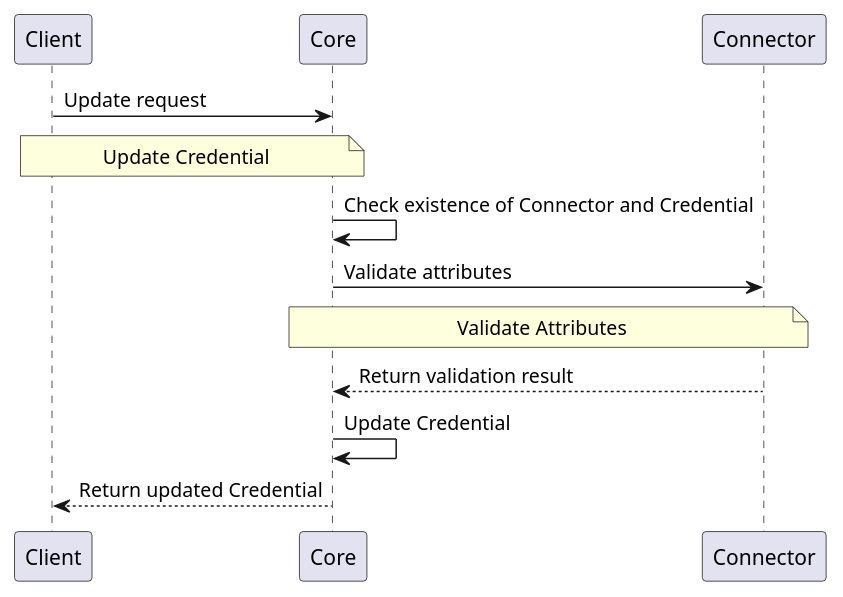
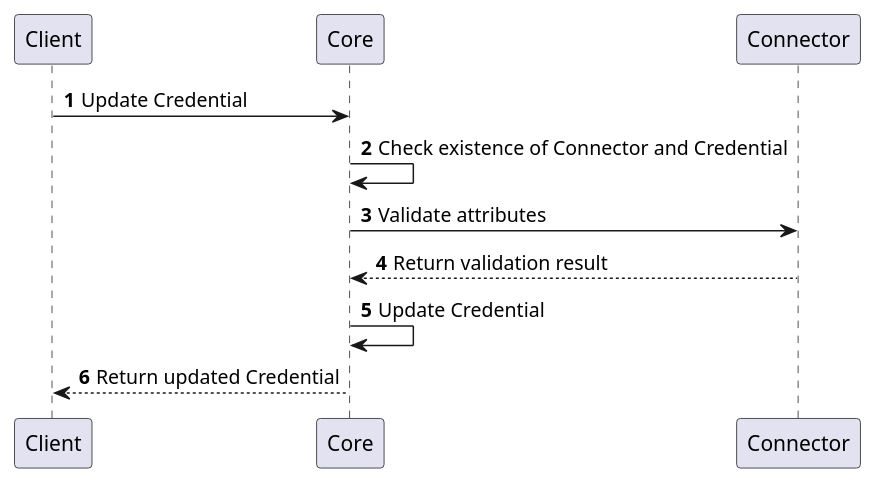
The third of 5 diagrams in docs/12-connectors/05-description/20-credential-provider.md (CZERTAINLY/CZERTAINLY-Documentation), drawn with PlantUML before and after one commit. The commit also changed other lines of this file and 5 other files, not shown here.

````diff
--- a/docs/12-connectors/05-description/20-credential-provider.md
+++ b/docs/12-connectors/05-description/20-credential-provider.md
@@ -53,14 +50,12 @@
 ```plantuml
     @startuml
+    autonumber
     skinparam topurl https://docs.czertainly.com/api/
-    
-        Client->Core [[core-credential/#tag/Credential-Management-API/operation/updateCredential]]: Update request
-        Note over Client,Core: Update Credential
+        Client->Core [[core-credential/#tag/Credential-Management-API/operation/updateCredential]]: Update Credential
         Core->Core: Check existence of Connector and Credential
-        Core->Connector: Validate attributes
-        Note over Core,Connector [[connector-credential-provider/#tag/Attributes-API/operation/validateAttributes]]: Validate Attributes
+        Core->Connector [[connector-credential-provider/#tag/Attributes-API/operation/validateAttributes]]: Validate attributes
         Connector-->Core: Return validation result
         Core->Core: Update Credential
         Core-->Client: Return updated Credential
     @enduml
 ```
````
